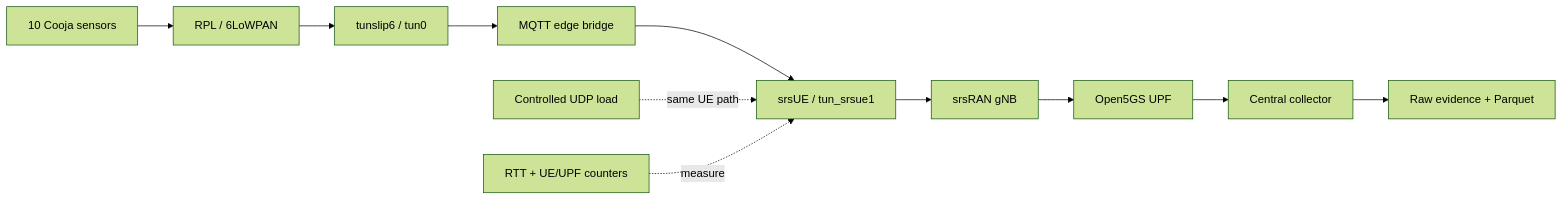
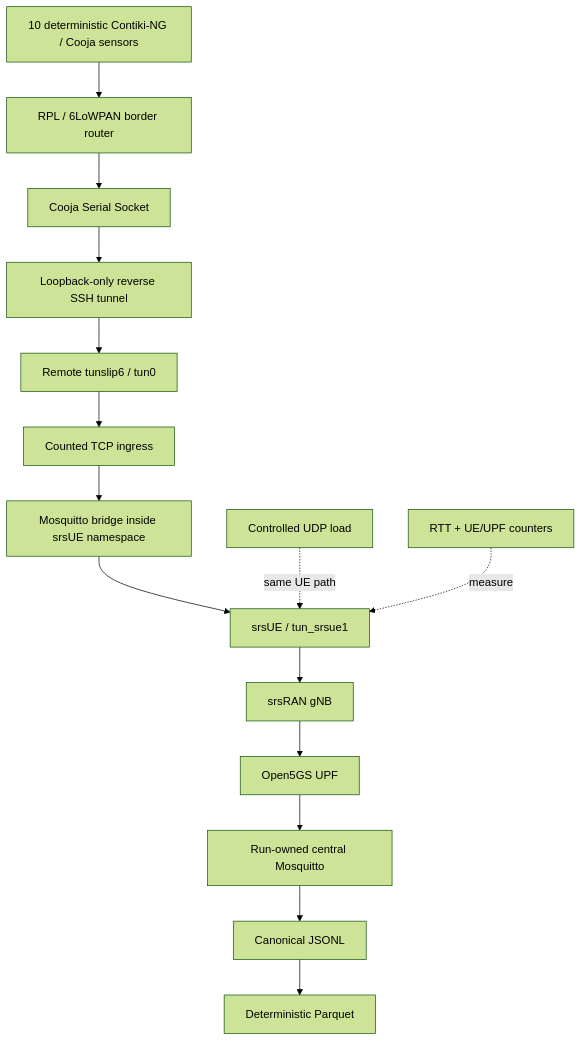
The diagram in README.md (RA-Nayreed/SynthRAN), drawn with Mermaid (forest theme) before and after one commit. The commit also changed other lines of this file, not shown here.

Commit message:
Restore the full golden path in the README

````diff
--- a/README.md
+++ b/README.md
@@ -31,14 +31,21 @@
 ```mermaid
-flowchart LR
-    A[10 Cooja sensors] --> B[RPL / 6LoWPAN]
-    B --> C[tunslip6 / tun0]
-    C --> D[MQTT edge bridge]
-    D --> E[srsUE / tun_srsue1]
-    E --> F[srsRAN gNB]
-    F --> G[Open5GS UPF]
-    G --> H[Central collector]
-    H --> I[Raw evidence + Parquet]
+flowchart TB
+    A[10 deterministic Contiki-NG / Cooja sensors]
+    B[RPL / 6LoWPAN border router]
+    C[Cooja Serial Socket]
+    D[Loopback-only reverse SSH tunnel]
+    E[Remote tunslip6 / tun0]
+    F[Counted TCP ingress]
+    G[Mosquitto bridge inside srsUE namespace]
+    H[srsUE / tun_srsue1]
+    I[srsRAN gNB]
+    J[Open5GS UPF]
+    K[Run-owned central Mosquitto]
+    L[Canonical JSONL]
+    M[Deterministic Parquet]
 
-    J[Controlled UDP load] -. same UE path .-> E
-    K[RTT + UE/UPF counters] -. measure .-> E
+    A --> B --> C --> D --> E --> F --> G --> H --> I --> J --> K --> L --> M
+
+    N[Controlled UDP load] -. same UE path .-> H
+    O[RTT + UE/UPF counters] -. measure .-> H
 ```
````
